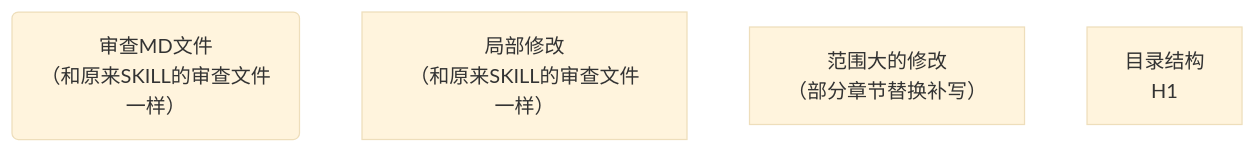
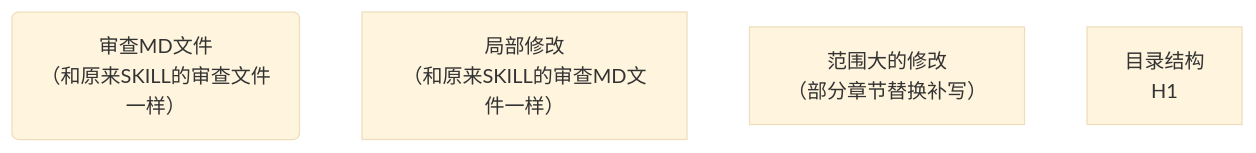
The diagram in mmd/未命名_ec561dff-a71a-45c5-9616-f339ce2038df.mmd (fireflysss/mermaid-notes), drawn with Mermaid (base theme) before and after one commit. The commit also changed 3 other files, not shown here.

Commit message:
Sync Mermaid Studio data (16 diagrams)

```diff
--- a/mmd/未命名_ec561dff-a71a-45c5-9616-f339ce2038df.mmd
+++ b/mmd/未命名_ec561dff-a71a-45c5-9616-f339ce2038df.mmd
@@ -1,5 +1,5 @@
 flowchart TD
   n_0("审查MD文件<br/>（和原来SKILL的审查文件一样）")
-  n_1["局部修改<br/>（和原来SKILL的审查文件一样）"]
+  n_1["局部修改<br/>（和原来SKILL的审查MD文件一样）"]
   n_2["范围大的修改<br/>（部分章节替换补写）"]
   n_3["目录结构<br/>H1 "]
```
